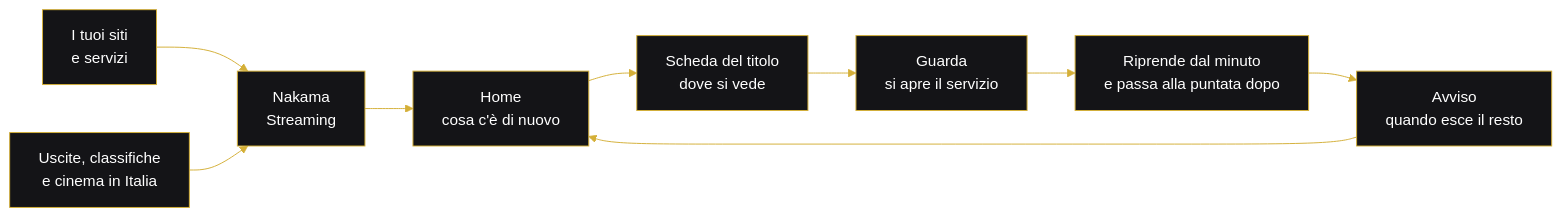
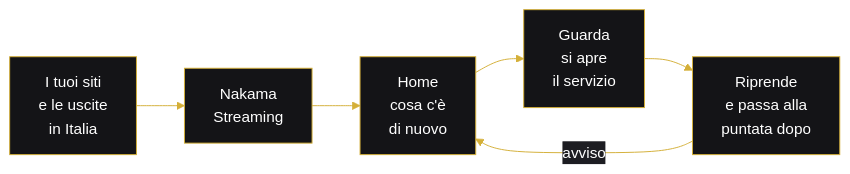
One commit to nakama-world/nakama-streaming changed the diagram in README.md. Above: the diagram before and after it, drawn with Mermaid. The commit also changed other lines of this file, not shown here.

Commit message:
Pagina: README.md

````diff
--- a/README.md
+++ b/README.md
@@ -46,12 +46,9 @@
 ```mermaid
 %%{init: {'theme': 'base', 'themeVariables': {'primaryColor': '#141417', 'primaryTextColor': '#FFFFFF', 'primaryBorderColor': '#D4AF37', 'lineColor': '#D4AF37', 'secondaryColor': '#1D1D22', 'tertiaryColor': '#000000', 'fontFamily': 'Lato, sans-serif'}}}%%
 flowchart LR
-    S["I tuoi siti<br>e servizi"] --> N["Nakama<br>Streaming"]
-    U["Uscite, classifiche<br>e cinema in Italia"] --> N
-    N --> H["Home<br>cosa c'è di nuovo"]
-    H --> T["Scheda del titolo<br>dove si vede"]
-    T --> G["Guarda<br>si apre il servizio"]
-    G --> R["Riprende dal minuto<br>e passa alla puntata dopo"]
-    R --> A["Avviso<br>quando esce il resto"]
-    A --> H
+    S["I tuoi siti<br>e le uscite<br>in Italia"] --> N["Nakama<br>Streaming"]
+    N --> H["Home<br>cosa c'è<br>di nuovo"]
+    H --> G["Guarda<br>si apre<br>il servizio"]
+    G --> R["Riprende<br>e passa alla<br>puntata dopo"]
+    R -- avviso --> H
 ```
````
